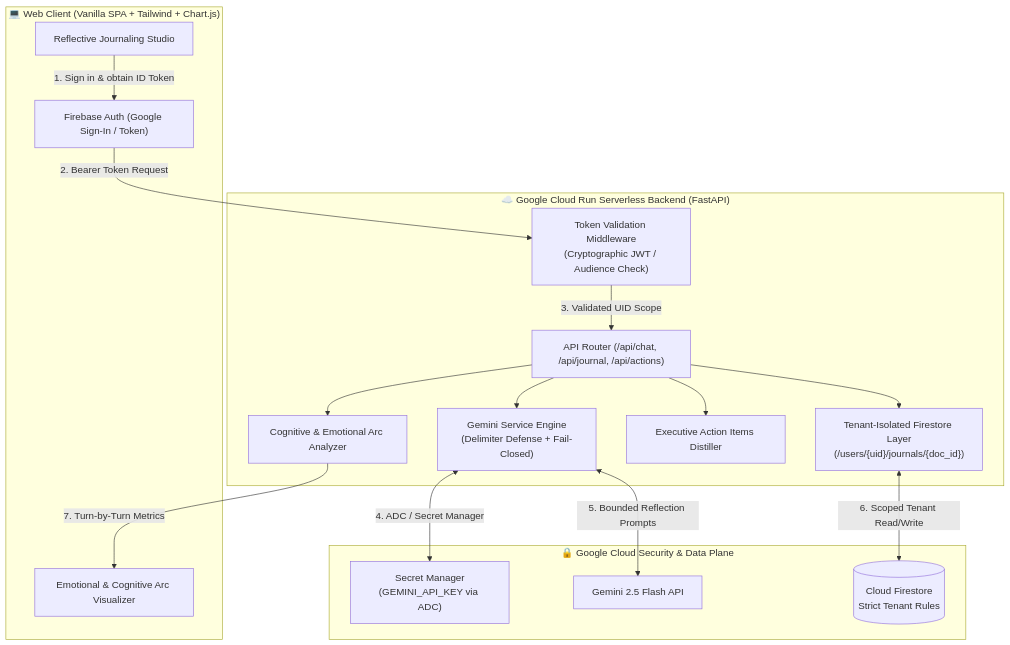
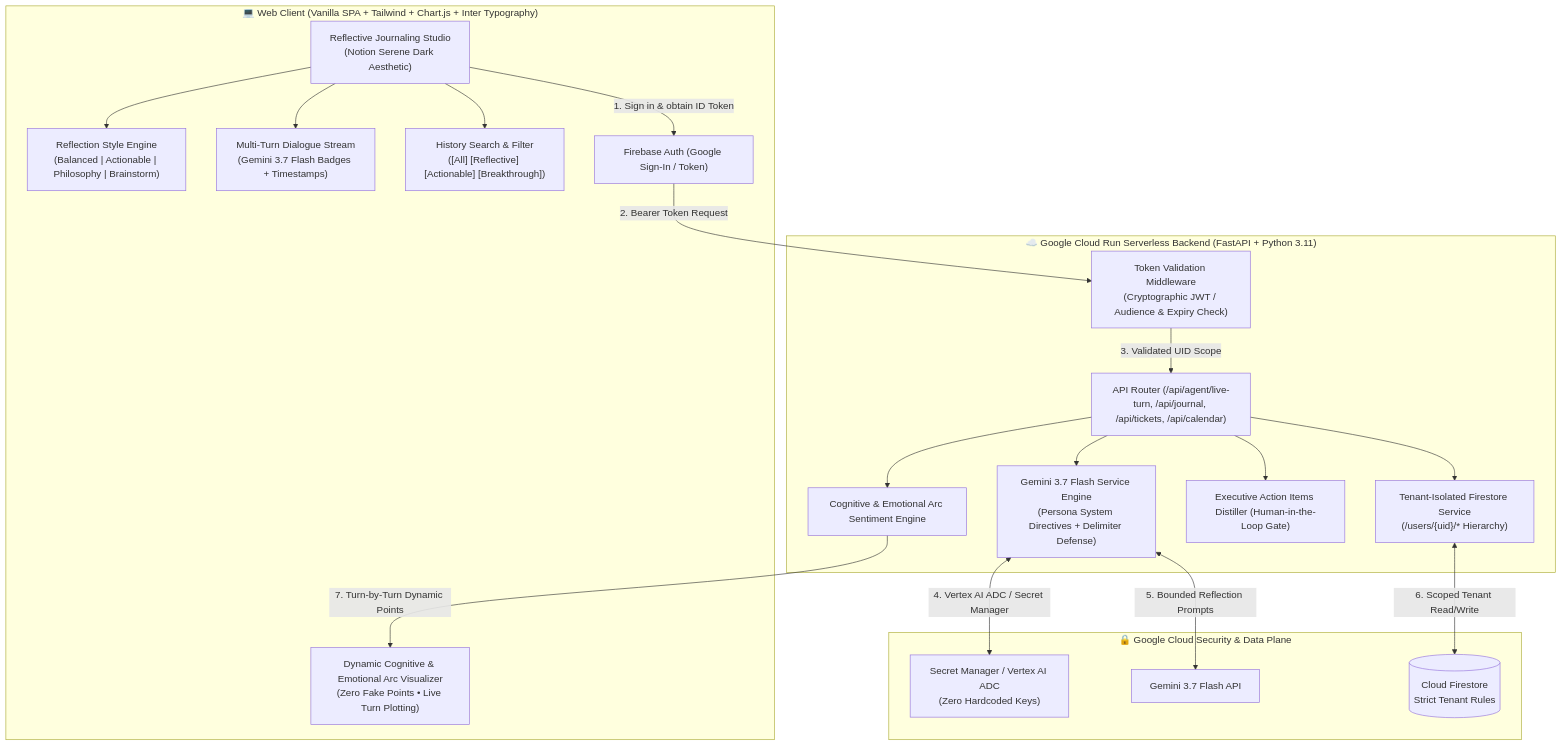
One commit to ahk1542001-wq/gcp-genai-agent-architectures changed the diagram in 04-personal-gemini-journal/README.md. Above: the diagram before and after it, drawn with Mermaid. The commit also changed other lines of this file and 24 other files, not shown here.

Commit message:
feat(sanctuary): complete reflection styles, multi-turn dialogue, dynamic arc, zero-ai-slop craft, and 66 green tests

````diff
--- a/04-personal-gemini-journal/README.md
+++ b/04-personal-gemini-journal/README.md
@@ -18,36 +43,42 @@
 ```mermaid
 flowchart TD
-    subgraph ClientLayer["💻 Web Client (Vanilla SPA + Tailwind + Chart.js)"]
-        UI["Reflective Journaling Studio"]
+    subgraph ClientLayer["💻 Web Client (Vanilla SPA + Tailwind + Chart.js + Inter Typography)"]
+        UI["Reflective Journaling Studio\n(Notion Serene Dark Aesthetic)"]
+        StyleSelector["Reflection Style Engine\n(Balanced | Actionable | Philosophy | Brainstorm)"]
+        MultiTurn["Multi-Turn Dialogue Stream\n(Gemini 3.7 Flash Badges + Timestamps)"]
+        HistoryDrawer["History Search & Filter\n([All] [Reflective] [Actionable] [Breakthrough])"]
+        ArcChart["Dynamic Cognitive & Emotional Arc Visualizer\n(Zero Fake Points • Live Turn Plotting)"]
         FBAuth["Firebase Auth (Google Sign-In / Token)"]
-        ArcChart["Emotional & Cognitive Arc Visualizer"]
     end
 
-    subgraph CloudRunService["☁️ Google Cloud Run Serverless Backend (FastAPI)"]
-        AuthMiddleware["Token Validation Middleware\n(Cryptographic JWT / Audience Check)"]
-        APIRouter["API Router (/api/chat, /api/journal, /api/actions)"]
-        GeminiService["Gemini Service Engine\n(Delimiter Defense + Fail-Closed)"]
-        ArcEngine["Cognitive & Emotional Arc Analyzer"]
-        ActionDistiller["Executive Action Items Distiller"]
-        TenantDB["Tenant-Isolated Firestore Layer\n(/users/{uid}/journals/{doc_id})"]
+    subgraph CloudRunService["☁️ Google Cloud Run Serverless Backend (FastAPI + Python 3.11)"]
+        AuthMiddleware["Token Validation Middleware\n(Cryptographic JWT / Audience & Expiry Check)"]
+        APIRouter["API Router (/api/agent/live-turn, /api/journal, /api/tickets, /api/calendar)"]
+        GeminiService["Gemini 3.7 Flash Service Engine\n(Persona System Directives + Delimiter Defense)"]
+        ArcEngine["Cognitive & Emotional Arc Sentiment Engine"]
+        ActionDistiller["Executive Action Items Distiller (Human-in-the-Loop Gate)"]
+        TenantDB["Tenant-Isolated Firestore Service\n(/users/{uid}/* Hierarchy)"]
     end
 
     subgraph GCP_Security["🔒 Google Cloud Security & Data Plane"]
-        SecretMgr["Secret Manager\n(GEMINI_API_KEY via ADC)"]
-        GeminiAPI["Gemini 2.5 Flash API"]
+        SecretMgr["Secret Manager / Vertex AI ADC\n(Zero Hardcoded Keys)"]
+        GeminiAPI["Gemini 3.7 Flash API"]
         FirestoreDB[("Cloud Firestore\nStrict Tenant Rules")]
     end
 
+    UI --> StyleSelector
+    UI --> MultiTurn
+    UI --> HistoryDrawer
     UI -->|1. Sign in & obtain ID Token| FBAuth
     FBAuth -->|2. Bearer Token Request| AuthMiddleware
     AuthMiddleware -->|3. Validated UID Scope| APIRouter
     APIRouter --> GeminiService
     APIRouter --> ArcEngine
     APIRouter --> ActionDistiller
     APIRouter --> TenantDB
 
-    GeminiService <-->|4. ADC / Secret Manager| SecretMgr
+    GeminiService <-->|4. Vertex AI ADC / Secret Manager| SecretMgr
     GeminiService <-->|5. Bounded Reflection Prompts| GeminiAPI
     TenantDB <-->|6. Scoped Tenant Read/Write| FirestoreDB
-    ArcEngine -->|7. Turn-by-Turn Metrics| ArcChart
+    ArcEngine -->|7. Turn-by-Turn Dynamic Points| ArcChart
 ```
````
